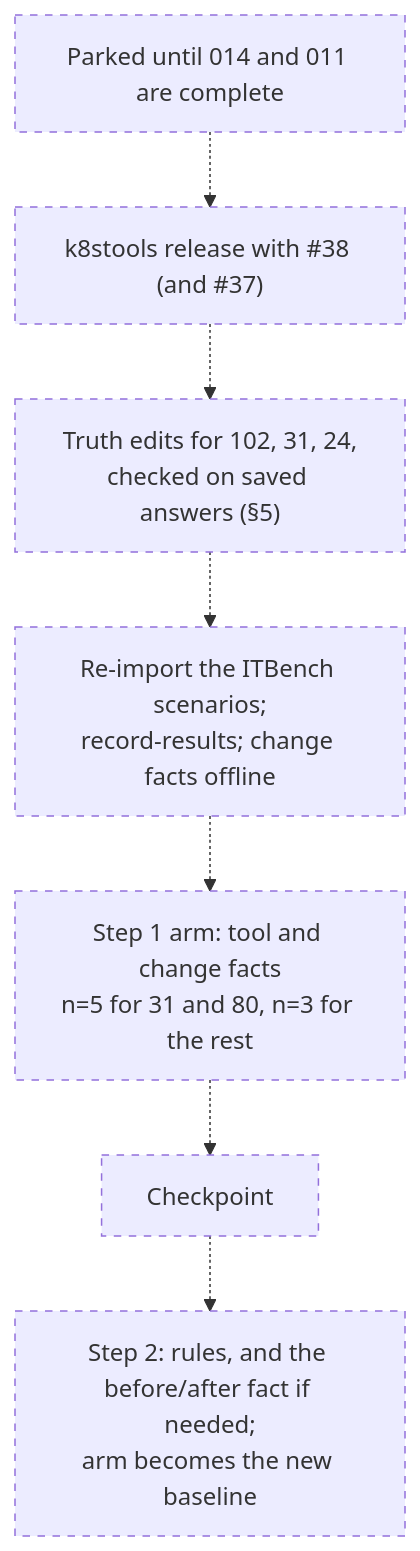
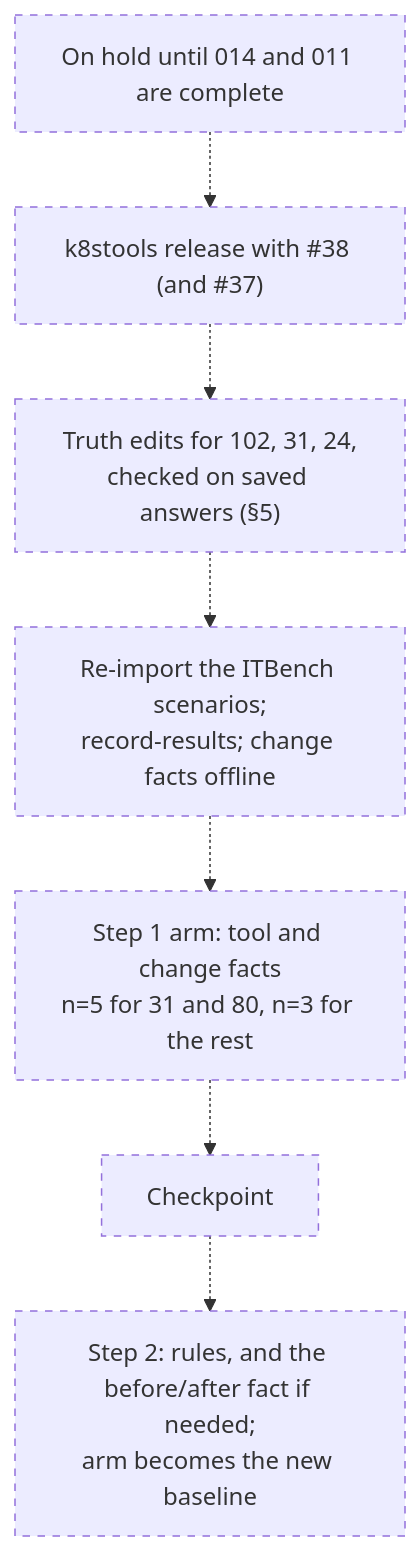
The second of 2 diagrams in designs/013-what-changed.md (BenedatLLC/k8srca), drawn with Mermaid before and after one commit. The commit also changed other lines of this file and 29 other files, not shown here.

````diff
--- a/designs/013-what-changed.md
+++ b/designs/013-what-changed.md
@@ -186,12 +186,12 @@
 ```mermaid
 flowchart TD
-  P["Parked until 014 and 011 are complete"]:::planned
+  P["On hold until 014 and 011 are complete"]:::planned
   K["k8stools release with #38 (and #37)"]:::planned
   T["Truth edits for 102, 31, 24,<br/>checked on saved answers (§5)"]:::planned
   R["Re-import the ITBench scenarios;<br/>record-results; change facts offline"]:::planned
   S1["Step 1 arm: tool and change facts<br/>n=5 for 31 and 80, n=3 for the rest"]:::planned
   C1["Checkpoint"]:::planned
   S2["Step 2: rules, and the before/after fact if needed;<br/>arm becomes the new baseline"]:::planned
   P -.-> K -.-> T -.-> R -.-> S1 -.-> C1 -.-> S2
   classDef planned stroke-dasharray: 5 5
 ```
````
